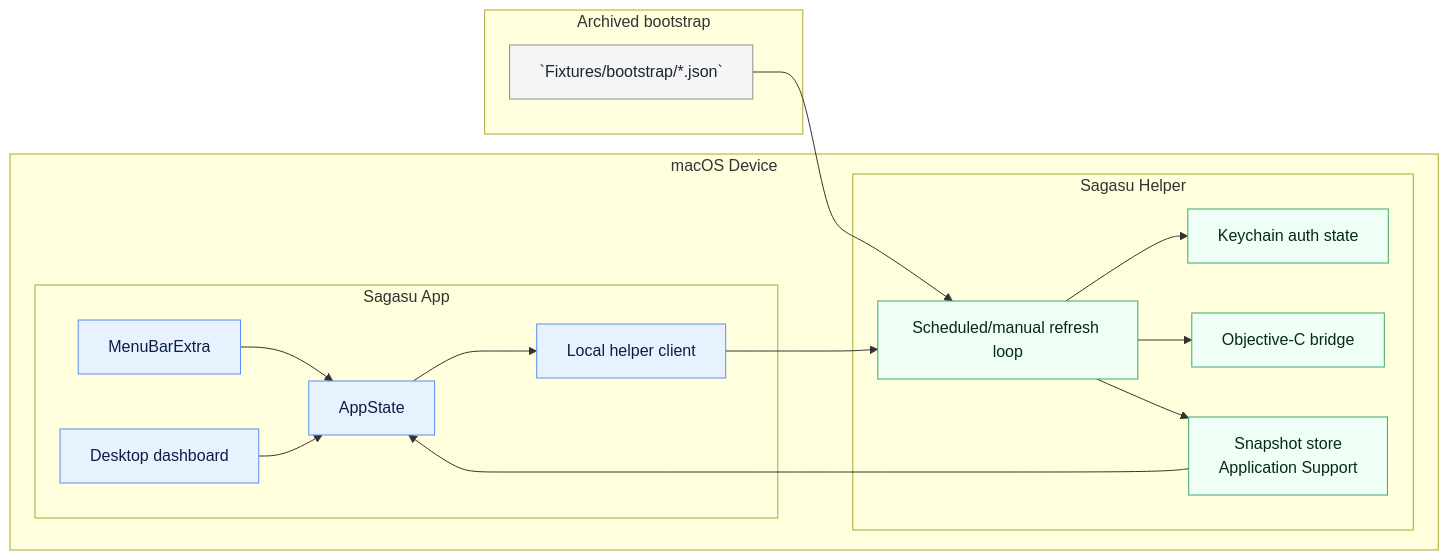
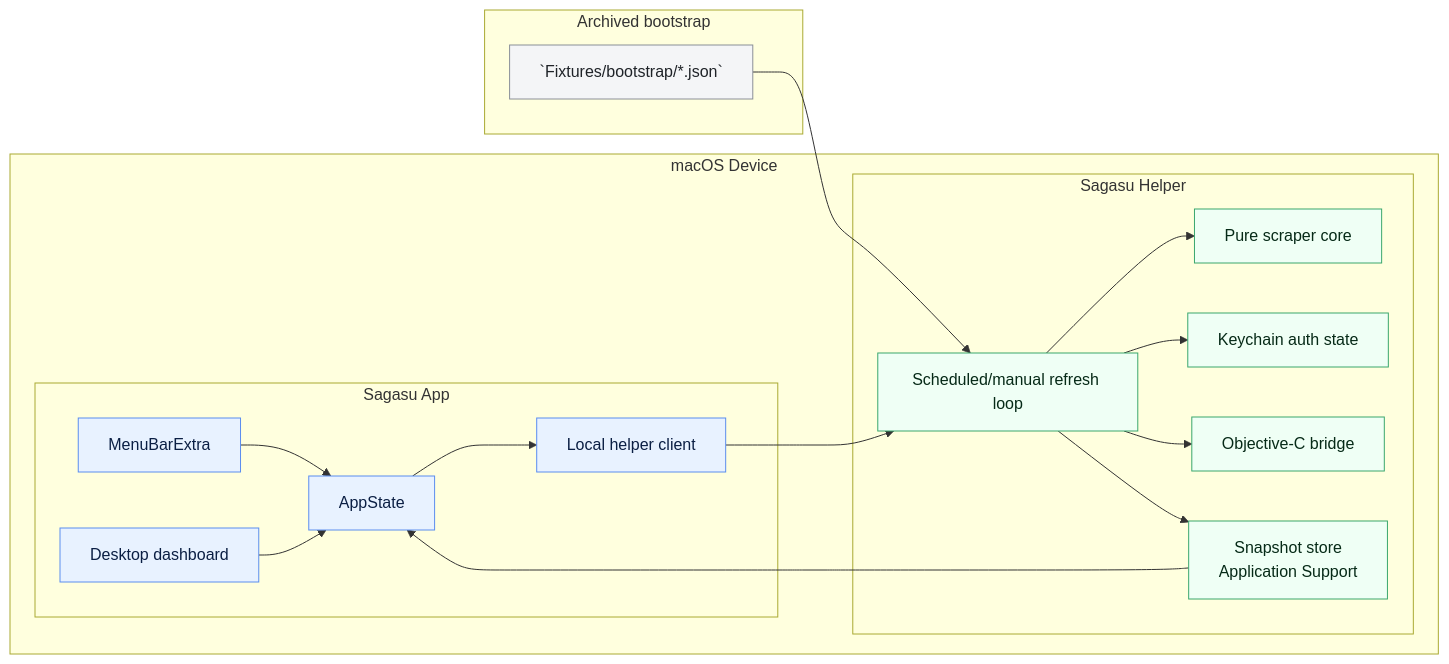
Before and after one commit to gongahkia/sagasu-5: the diagram in README.md, drawn with Mermaid. The commit also changed other lines of this file, not shown here.

Commit message:
Document the extracted pure core layer for non-macOS development.

````diff
--- a/README.md
+++ b/README.md
@@ -25,40 +26,42 @@
 ```mermaid
 flowchart LR
   classDef app fill:#E8F2FF,stroke:#5B8DEF,stroke-width:1px,color:#0B1F44;
   classDef helper fill:#EFFFF5,stroke:#3AA76D,stroke-width:1px,color:#062A17;
   classDef data fill:#FFF6E5,stroke:#D49B3A,stroke-width:1px,color:#3B2103;
   classDef archive fill:#F4F5F7,stroke:#8A8F98,stroke-width:1px,color:#1F2328;
 
   subgraph mac[macOS Device]
     subgraph app[Sagasu App]
       MB[MenuBarExtra]
       DASH[Desktop dashboard]
       STATE[AppState]
       CLIENT[Local helper client]
       class MB,DASH,STATE,CLIENT app
     end
 
-    subgraph helper[Sagasu Helper]
+  subgraph helper[Sagasu Helper]
       LOOP[Scheduled/manual refresh loop]
+      CORE[Pure scraper core]
       STORE[Snapshot store\nApplication Support]
       AUTH[Keychain auth state]
       BRIDGE[Objective-C bridge]
-      class LOOP,STORE,AUTH,BRIDGE helper
+      class LOOP,CORE,STORE,AUTH,BRIDGE helper
     end
   end
 
   subgraph archive[Archived bootstrap]
     S4[`Fixtures/bootstrap/*.json`]
     class S4 archive
   end
 
   MB --> STATE
   DASH --> STATE
   STATE --> CLIENT
   CLIENT --> LOOP
+  LOOP --> CORE
   LOOP --> AUTH
   LOOP --> BRIDGE
   LOOP --> STORE
   S4 --> LOOP
   STORE --> STATE
 ```
````
